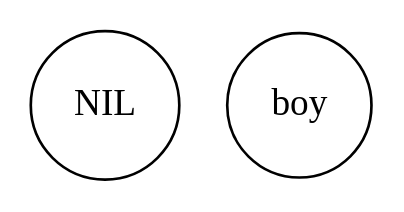
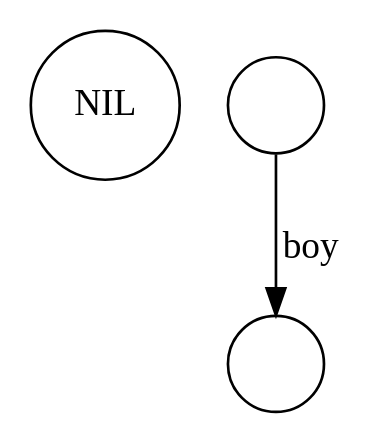
Before and after one commit to liuxinyu95/AlgoXY: the diagram in algo/datastruct/tree/trie/img/patricia-insert-a.dot, drawn with Graphviz. The commit also changed 5 other files, not shown here.

Commit message:
figure to illustrate patricia insertion is OK.

```diff
--- a/algo/datastruct/tree/trie/img/patricia-insert-a.dot
+++ b/algo/datastruct/tree/trie/img/patricia-insert-a.dot
@@ -1,5 +1,8 @@
 digraph G{
 	node[shape=circle]
 	NIL;
-	boy;
+	t[label=""];
+	tboy[label=""];
+	t->tboy[label="boy"];
+	{rank=same; NIL; t}
 }
```
